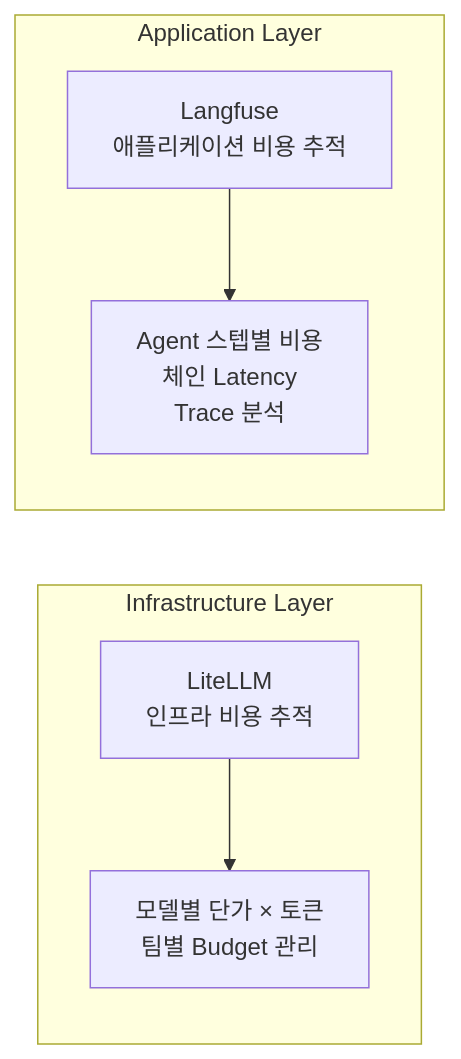
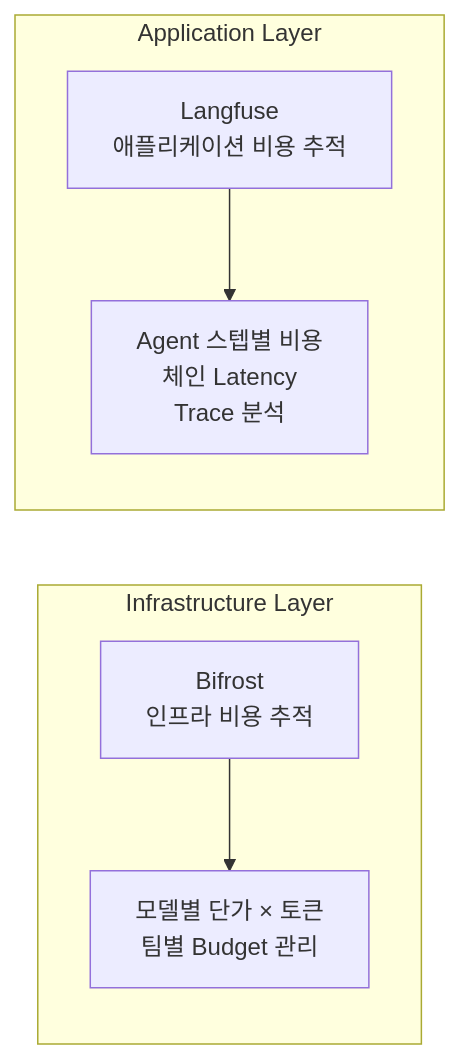
The eighth of 17 diagrams in docs/agentic-ai-platform/design-architecture/agentic-ai-solutions-eks.md (devfloor9/engineering-playbook), drawn with Mermaid before and after one commit. The commit also changed other lines of this file and 13 other files, not shown here.

First line of the commit message:
docs: LLM Router 기본 전환 — Bifrost (primary) + LiteLLM (alternative)

````diff
--- a/docs/agentic-ai-platform/design-architecture/agentic-ai-solutions-eks.md
+++ b/docs/agentic-ai-platform/design-architecture/agentic-ai-solutions-eks.md
@@ -1444,15 +1444,15 @@
 ```mermaid
 flowchart LR
     subgraph "Infrastructure Layer"
-        LITE["LiteLLM<br/>인프라 비용 추적"]
+        LITE["Bifrost<br/>인프라 비용 추적"]
         METRICS["모델별 단가 × 토큰<br/>팀별 Budget 관리"]
     end
 
     subgraph "Application Layer"
         LANGFUSE["Langfuse<br/>애플리케이션 비용 추적"]
         APP_METRICS["Agent 스텝별 비용<br/>체인 Latency<br/>Trace 분석"]
     end
 
     LITE --> METRICS
     LANGFUSE --> APP_METRICS
 ```
````
